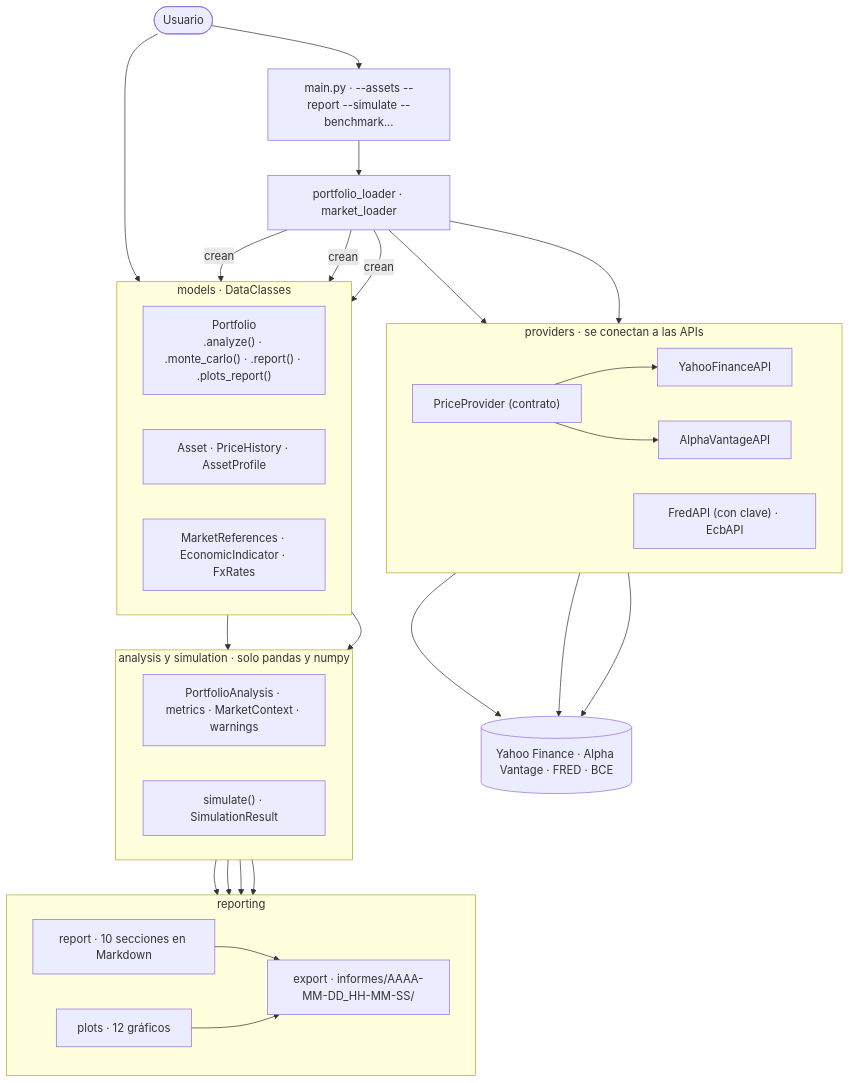
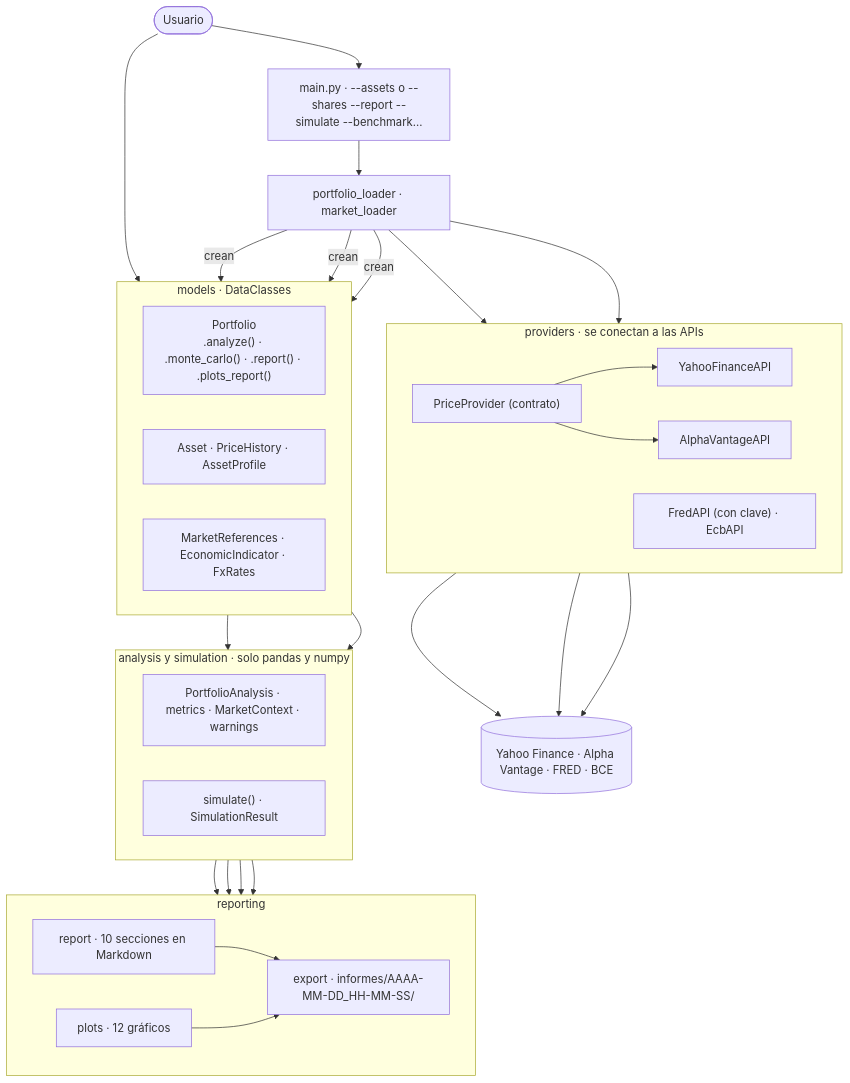
One commit to Diegopasfer1909/tallerb1-t1-equipo7 changed the first of 3 diagrams in docs/arquitectura.md. Above: the diagram before and after it, drawn with Mermaid. The commit also changed 13 other files, not shown here.

First line of the commit message:
Diagramas de arquitectura al día con la cartera por número de acciones

````diff
--- a/docs/arquitectura.md
+++ b/docs/arquitectura.md
@@ -9,48 +9,48 @@
 ```mermaid
 flowchart TB
     usuario(["Usuario"])
-    main["main.py · --assets --report --simulate --benchmark..."]
+    main["main.py · --assets o --shares --report --simulate --benchmark..."]
     loaders["portfolio_loader · market_loader"]
 
     subgraph providers["providers · se conectan a las APIs"]
         direction LR
         contrato["PriceProvider (contrato)"]
         yahoo[YahooFinanceAPI]
         av[AlphaVantageAPI]
         fred["FredAPI (con clave) · EcbAPI"]
     end
 
     subgraph models["models · DataClasses"]
         direction LR
         portfolio["Portfolio<br/>.analyze() · .monte_carlo() · .report() · .plots_report()"]
         asset["Asset · PriceHistory · AssetProfile"]
         refs["MarketReferences · EconomicIndicator · FxRates"]
     end
 
     subgraph calc["analysis y simulation · solo pandas y numpy"]
         direction LR
         an["PortfolioAnalysis · metrics · MarketContext · warnings"]
         sim["simulate() · SimulationResult"]
     end
 
     subgraph reporting["reporting"]
         direction LR
         rep["report · 10 secciones en Markdown"]
         plots["plots · 12 gráficos"]
         exp["export · informes/AAAA-MM-DD_HH-MM-SS/"]
     end
 
     apis[("Yahoo Finance · Alpha Vantage · FRED · BCE")]
 
     usuario --> main --> loaders
     usuario --> portfolio
     loaders --> contrato
     loaders --> fred
     contrato --> yahoo & av
     yahoo & av & fred --> apis
     loaders -- "crean" --> asset & refs & portfolio
     portfolio --> an & sim
     an --> rep & plots
     sim --> rep & plots
     rep & plots --> exp
 ```
````
